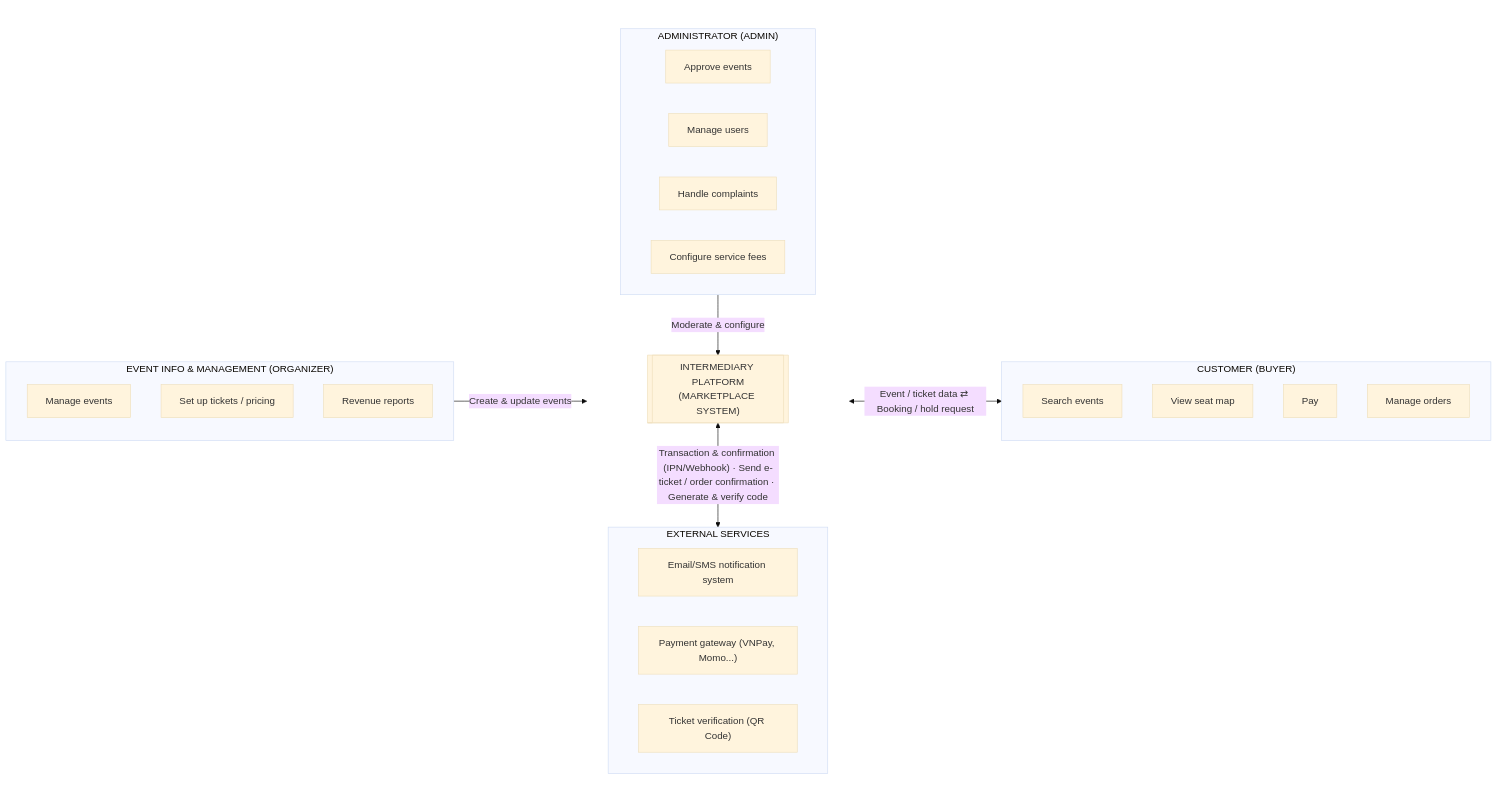
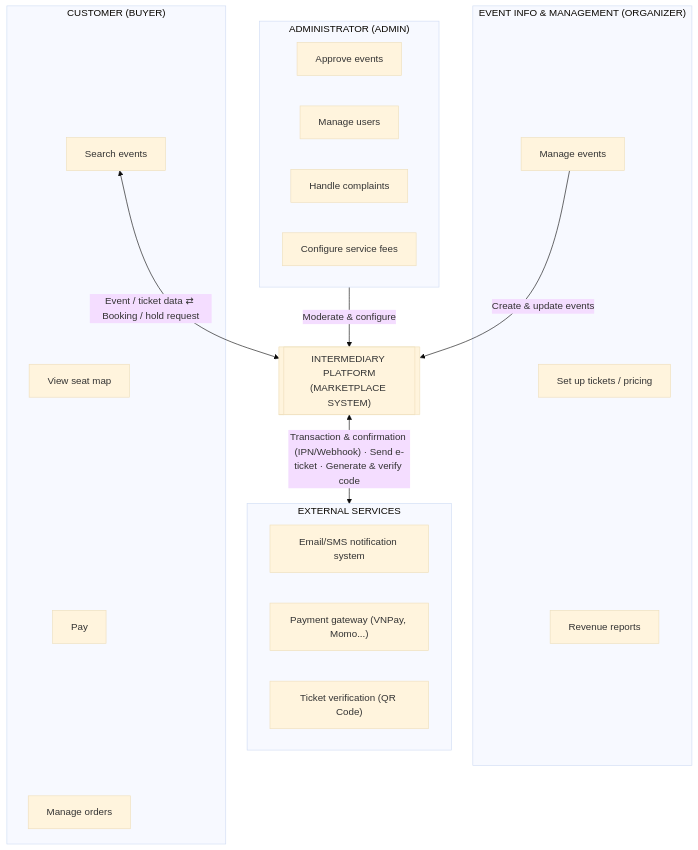
One commit to tranducthai/booking-ticket-system changed the first of 4 diagrams in docs/spec/01-business-analysis.md. Above: the diagram before and after it, drawn with Mermaid (base theme). The commit also changed 1 other file, not shown here.

Commit message:
docs(business-analysis): lay out Admin/External horizontally, Organizer/Buyer vertically

````diff
--- a/docs/spec/01-business-analysis.md
+++ b/docs/spec/01-business-analysis.md
@@ -13,45 +13,37 @@
 ```mermaid
-flowchart LR
+flowchart TB
     subgraph ORGANIZER["EVENT INFO & MANAGEMENT (ORGANIZER)"]
-        direction TB
         A1["Manage events"]
         A2["Set up tickets / pricing"]
         A4["Revenue reports"]
+        A1 ~~~ A2 ~~~ A4
     end
 
-    subgraph CENTER[" "]
-        direction TB
-        subgraph ADMIN["ADMINISTRATOR (ADMIN)"]
-            direction LR
-            B1["Approve events"]
-            B2["Manage users"]
-            B3["Handle complaints"]
-            B4["Configure service fees"]
-        end
+    subgraph ADMIN["ADMINISTRATOR (ADMIN)"]
+        B1["Approve events"]
+        B2["Manage users"]
+        B3["Handle complaints"]
+        B4["Configure service fees"]
+    end
 
-        SYSTEM[["INTERMEDIARY PLATFORM<br/>(MARKETPLACE SYSTEM)"]]
+    SYSTEM[["INTERMEDIARY PLATFORM<br/>(MARKETPLACE SYSTEM)"]]
 
-        subgraph EXTERNAL["EXTERNAL SERVICES"]
-            direction LR
-            E1["Email/SMS notification system"]
-            E2["Payment gateway (VNPay, Momo...)"]
-            E3["Ticket verification (QR Code)"]
-        end
-
-        ADMIN -->|"Moderate & configure"| SYSTEM
-        SYSTEM <-->|"Transaction & confirmation (IPN/Webhook) · Send e-ticket / order confirmation · Generate & verify code"| EXTERNAL
+    subgraph EXTERNAL["EXTERNAL SERVICES"]
+        E1["Email/SMS notification system"]
+        E2["Payment gateway (VNPay, Momo...)"]
+        E3["Ticket verification (QR Code)"]
     end
 
     subgraph BUYER["CUSTOMER (BUYER)"]
-        direction TB
         C1["Search events"]
         C2["View seat map"]
         C3["Pay"]
         C4["Manage orders"]
+        C1 ~~~ C2 ~~~ C3 ~~~ C4
     end
 
-    ORGANIZER -->|"Create & update events"| CENTER
-    CENTER <-->|"Event / ticket data ⇄ Booking / hold request"| BUYER
-
-    style CENTER fill:none,stroke:none
+    ADMIN -->|"Moderate & configure"| SYSTEM
+    A1 -->|"Create & update events"| SYSTEM
+    C1 <-->|"Event / ticket data ⇄ Booking / hold request"| SYSTEM
+    SYSTEM <-->|"Transaction & confirmation (IPN/Webhook) · Send e-ticket · Generate & verify code"| EXTERNAL
 ```
````
